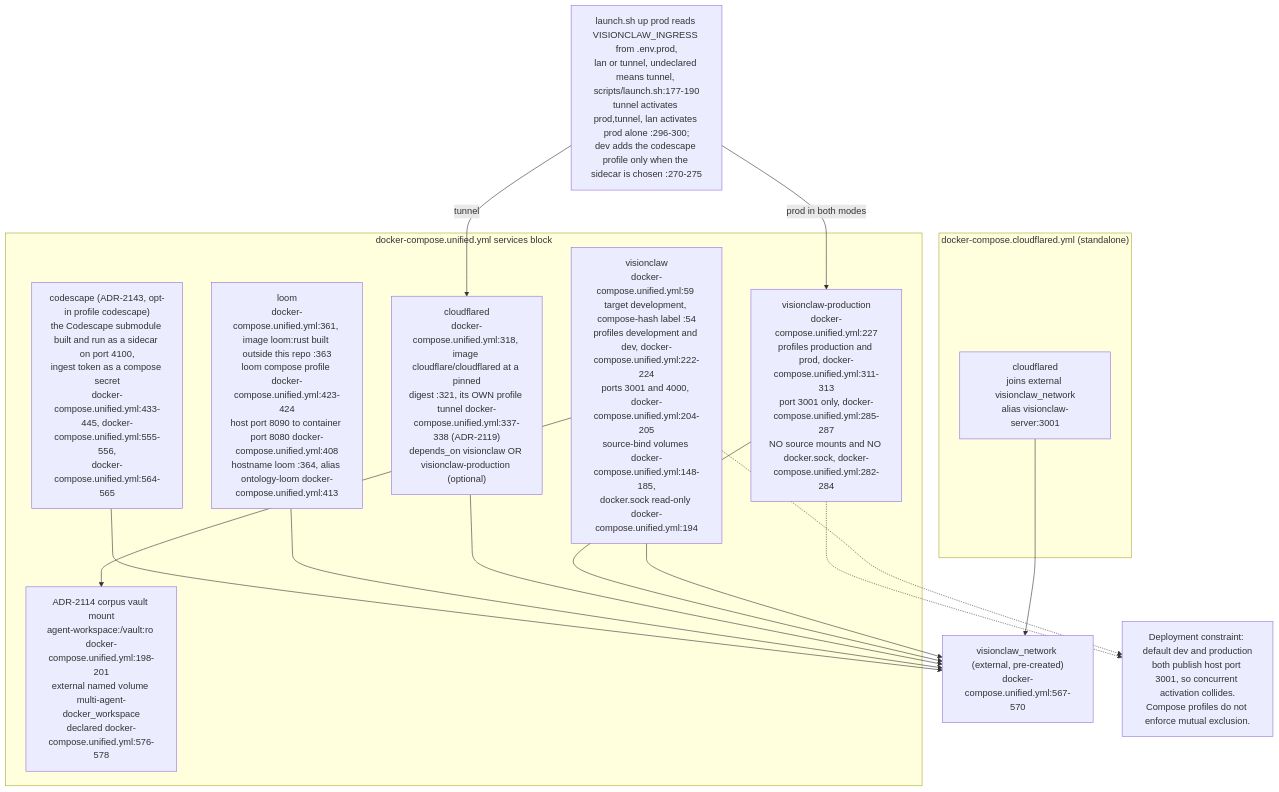
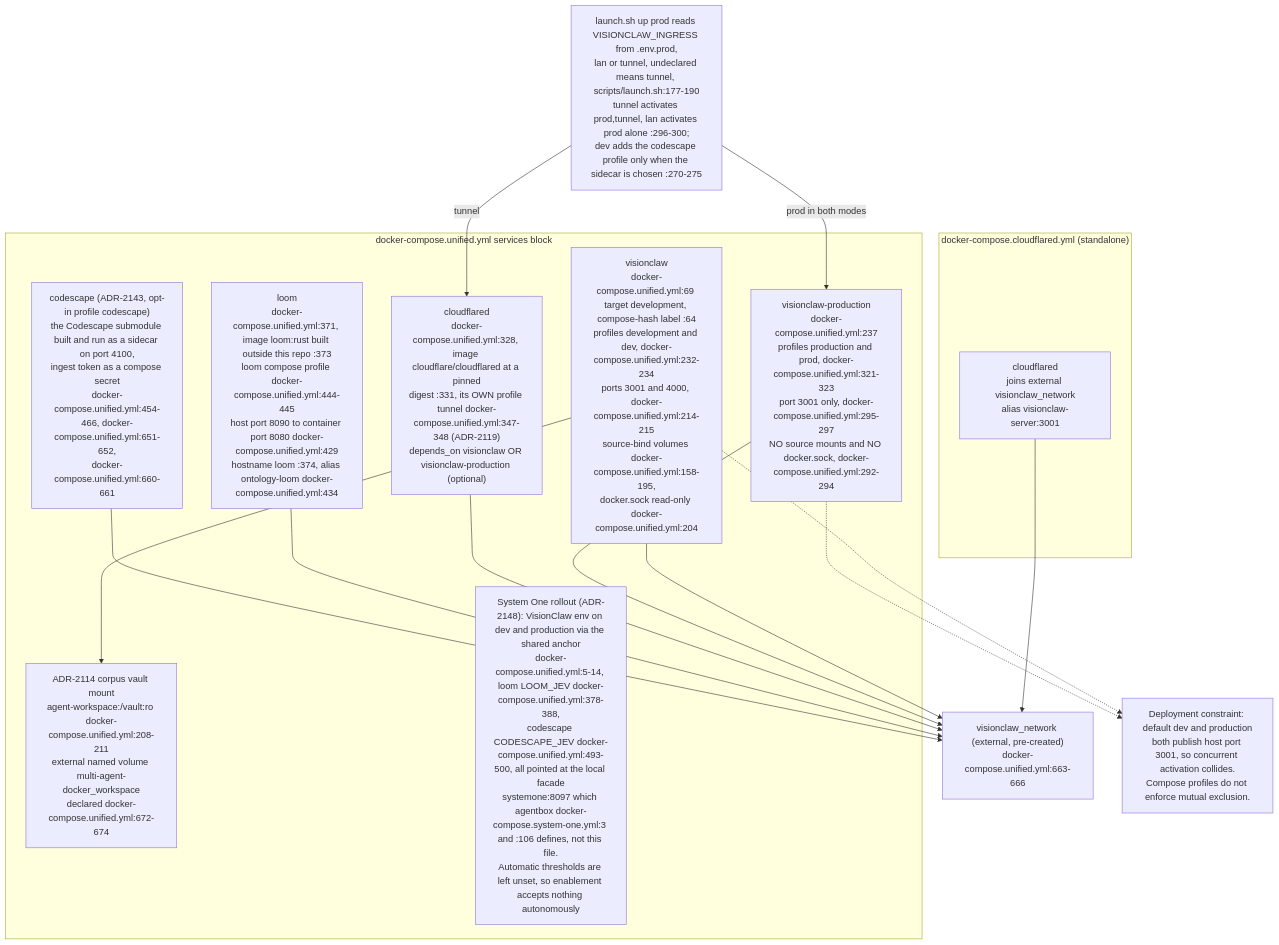
One commit to DreamLab-AI/VisionFlow changed the eighth of 24 diagrams in docs/diagrams/estate/09-build-deploy-and-ci-estate.md. Above: the diagram before and after it, drawn with Mermaid. The commit also changed other lines of this file and 145 other files, not shown here.

````diff
--- a/docs/diagrams/estate/09-build-deploy-and-ci-estate.md
+++ b/docs/diagrams/estate/09-build-deploy-and-ci-estate.md
@@ -300,30 +302,31 @@
 ```mermaid
 flowchart TB
     subgraph PROFILES["docker-compose.unified.yml services block"]
-        DEVSVC["visionclaw<br/>docker-compose.unified.yml:59 target development, compose-hash label :54<br/>profiles development and dev, docker-compose.unified.yml:222-224<br/>ports 3001 and 4000, docker-compose.unified.yml:204-205<br/>source-bind volumes docker-compose.unified.yml:148-185,<br/>docker.sock read-only docker-compose.unified.yml:194"]
-        VAULTMOUNT["ADR-2114 corpus vault mount<br/>agent-workspace:/vault:ro docker-compose.unified.yml:198-201<br/>external named volume multi-agent-docker_workspace<br/>declared docker-compose.unified.yml:576-578"]
-        PRODSVC["visionclaw-production<br/>docker-compose.unified.yml:227<br/>profiles production and prod, docker-compose.unified.yml:311-313<br/>port 3001 only, docker-compose.unified.yml:285-287<br/>NO source mounts and NO docker.sock, docker-compose.unified.yml:282-284"]
-        CLOUDFLARED["cloudflared<br/>docker-compose.unified.yml:318, image cloudflare/cloudflared at a pinned<br/>digest :321, its OWN profile tunnel docker-compose.unified.yml:337-338 (ADR-2119)<br/>depends_on visionclaw OR visionclaw-production (optional)"]
-        LOOM["loom<br/>docker-compose.unified.yml:361, image loom:rust built outside this repo :363<br/>loom compose profile docker-compose.unified.yml:423-424<br/>host port 8090 to container port 8080 docker-compose.unified.yml:408<br/>hostname loom :364, alias ontology-loom docker-compose.unified.yml:413"]
-        CODESCAPE["codescape (ADR-2143, opt-in profile codescape)<br/>the Codescape submodule built and run as a sidecar on port 4100,<br/>ingest token as a compose secret<br/>docker-compose.unified.yml:433-445, docker-compose.unified.yml:555-556,<br/>docker-compose.unified.yml:564-565"]
+        DEVSVC["visionclaw<br/>docker-compose.unified.yml:69 target development, compose-hash label :64<br/>profiles development and dev, docker-compose.unified.yml:232-234<br/>ports 3001 and 4000, docker-compose.unified.yml:214-215<br/>source-bind volumes docker-compose.unified.yml:158-195,<br/>docker.sock read-only docker-compose.unified.yml:204"]
+        VAULTMOUNT["ADR-2114 corpus vault mount<br/>agent-workspace:/vault:ro docker-compose.unified.yml:208-211<br/>external named volume multi-agent-docker_workspace<br/>declared docker-compose.unified.yml:672-674"]
+        PRODSVC["visionclaw-production<br/>docker-compose.unified.yml:237<br/>profiles production and prod, docker-compose.unified.yml:321-323<br/>port 3001 only, docker-compose.unified.yml:295-297<br/>NO source mounts and NO docker.sock, docker-compose.unified.yml:292-294"]
+        CLOUDFLARED["cloudflared<br/>docker-compose.unified.yml:328, image cloudflare/cloudflared at a pinned<br/>digest :331, its OWN profile tunnel docker-compose.unified.yml:347-348 (ADR-2119)<br/>depends_on visionclaw OR visionclaw-production (optional)"]
+        LOOM["loom<br/>docker-compose.unified.yml:371, image loom:rust built outside this repo :373<br/>loom compose profile docker-compose.unified.yml:444-445<br/>host port 8090 to container port 8080 docker-compose.unified.yml:429<br/>hostname loom :374, alias ontology-loom docker-compose.unified.yml:434"]
+        CODESCAPE["codescape (ADR-2143, opt-in profile codescape)<br/>the Codescape submodule built and run as a sidecar on port 4100,<br/>ingest token as a compose secret<br/>docker-compose.unified.yml:454-466, docker-compose.unified.yml:651-652,<br/>docker-compose.unified.yml:660-661"]
+        SYS1["System One rollout (ADR-2148): VisionClaw env on dev and production via the shared anchor<br/>docker-compose.unified.yml:5-14, loom LOOM_JEV docker-compose.unified.yml:378-388,<br/>codescape CODESCAPE_JEV docker-compose.unified.yml:493-500, all pointed at the local facade<br/>systemone:8097 which agentbox docker-compose.system-one.yml:3 and :106 defines, not this file.<br/>Automatic thresholds are left unset, so enablement accepts nothing autonomously"]
     end
     subgraph EXTFILE["docker-compose.cloudflared.yml (standalone)"]
         CFSTANDALONE["cloudflared<br/>joins external visionclaw_network<br/>alias visionclaw-server:3001"]
     end
-    NET["visionclaw_network (external, pre-created)<br/>docker-compose.unified.yml:567-570"]
+    NET["visionclaw_network (external, pre-created)<br/>docker-compose.unified.yml:663-666"]
     INGRESS["launch.sh up prod reads VISIONCLAW_INGRESS from .env.prod,<br/>lan or tunnel, undeclared means tunnel, scripts/launch.sh:177-190<br/>tunnel activates prod,tunnel, lan activates prod alone :296-300;<br/>dev adds the codescape profile only when the sidecar is chosen :270-275"]
     INGRESS -->|"tunnel"| CLOUDFLARED
     INGRESS -->|"prod in both modes"| PRODSVC
 
     DEVSVC --> VAULTMOUNT
     DEVSVC --> NET
     PRODSVC --> NET
     CLOUDFLARED --> NET
     LOOM --> NET
     CODESCAPE --> NET
     CFSTANDALONE --> NET
 
     GATE["Deployment constraint: default dev and production<br/>both publish host port 3001, so concurrent activation collides.<br/>Compose profiles do not enforce mutual exclusion."]
     DEVSVC -.-> GATE
     PRODSVC -.-> GATE
 ```
````
